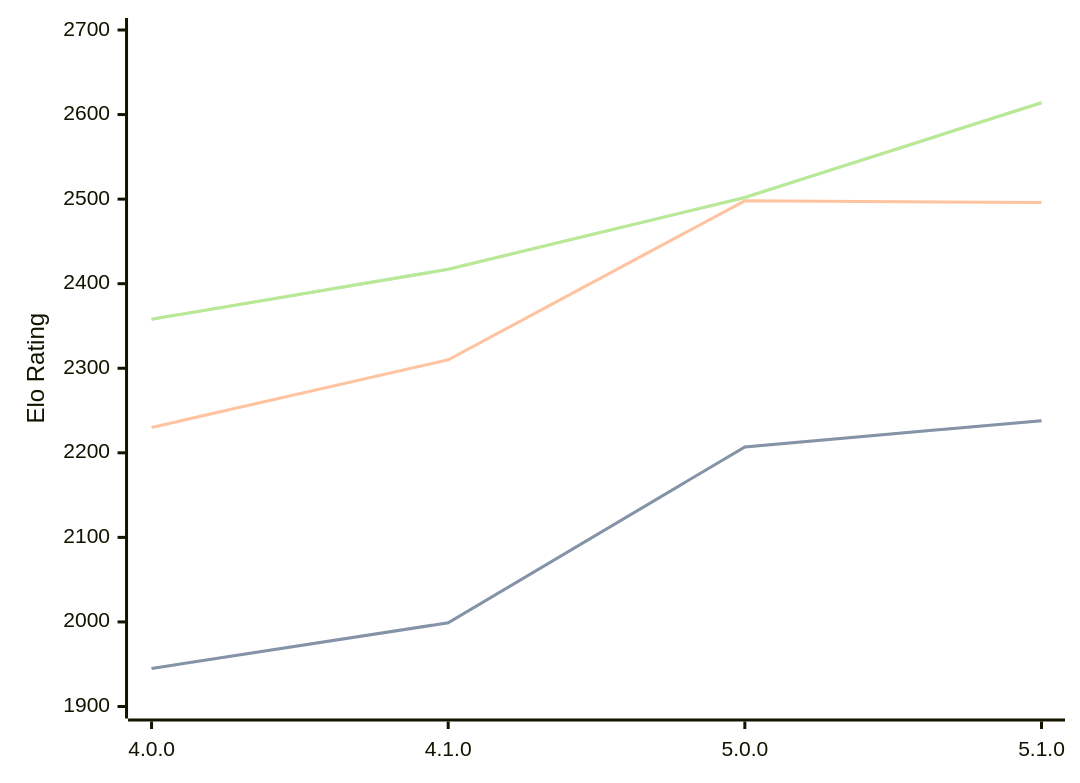
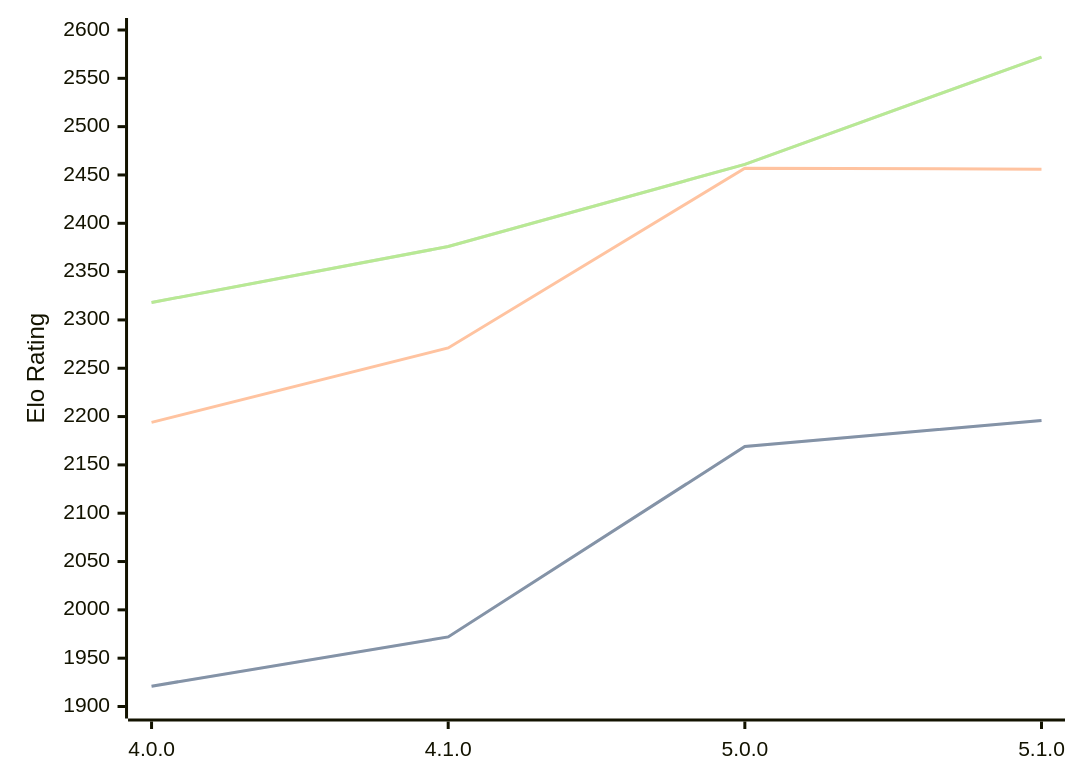
The diagram in engines/Aconcagua.md (computer-chess-index/cci), drawn with Mermaid before and after one commit. The commit also changed other lines of this file, not shown here.

Commit message:
Update CCI Ratings (ELO VLTC) - 2026-05-19

````diff
--- a/engines/Aconcagua.md
+++ b/engines/Aconcagua.md
@@ -43,11 +43,11 @@
 ```mermaid
 %%{init: {"theme":"base","themeVariables":{"seriesColors:['#a3a3a3','#222221','#faa371']}}}%%
 xychart-beta
   x-axis ["4.0.0", "4.1.0", "5.0.0", "5.1.0"]
-  y-axis "Elo Rating" 1900 --> 2700
-  line "STC (8.0+0.08s)" [1945, 1999, 2207, 2238]
-  line "STC (8.0+0.08s)" [1945, 1999, 2207, 2238]
-  line "LTC (60.0+0.60s)" [2230, 2310, 2498, 2496]
-  line "VLTC (2m24s+1.12s)" [2358, 2417, 2502, 2614]
-  line "VLTC (2m24s+1.12s)" [2358, 2417, 2502, 2614]
+  y-axis "Elo Rating" 1900 --> 2600
+  line "STC (8.0+0.08s)" [1921, 1972, 2169, 2196]
+  line "STC (8.0+0.08s)" [1921, 1972, 2169, 2196]
+  line "LTC (60.0+0.60s)" [2194, 2271, 2457, 2456]
+  line "VLTC (2m24s+1.12s)" [2318, 2376, 2461, 2572]
+  line "VLTC (2m24s+1.12s)" [2318, 2376, 2461, 2572]
 ```
````
